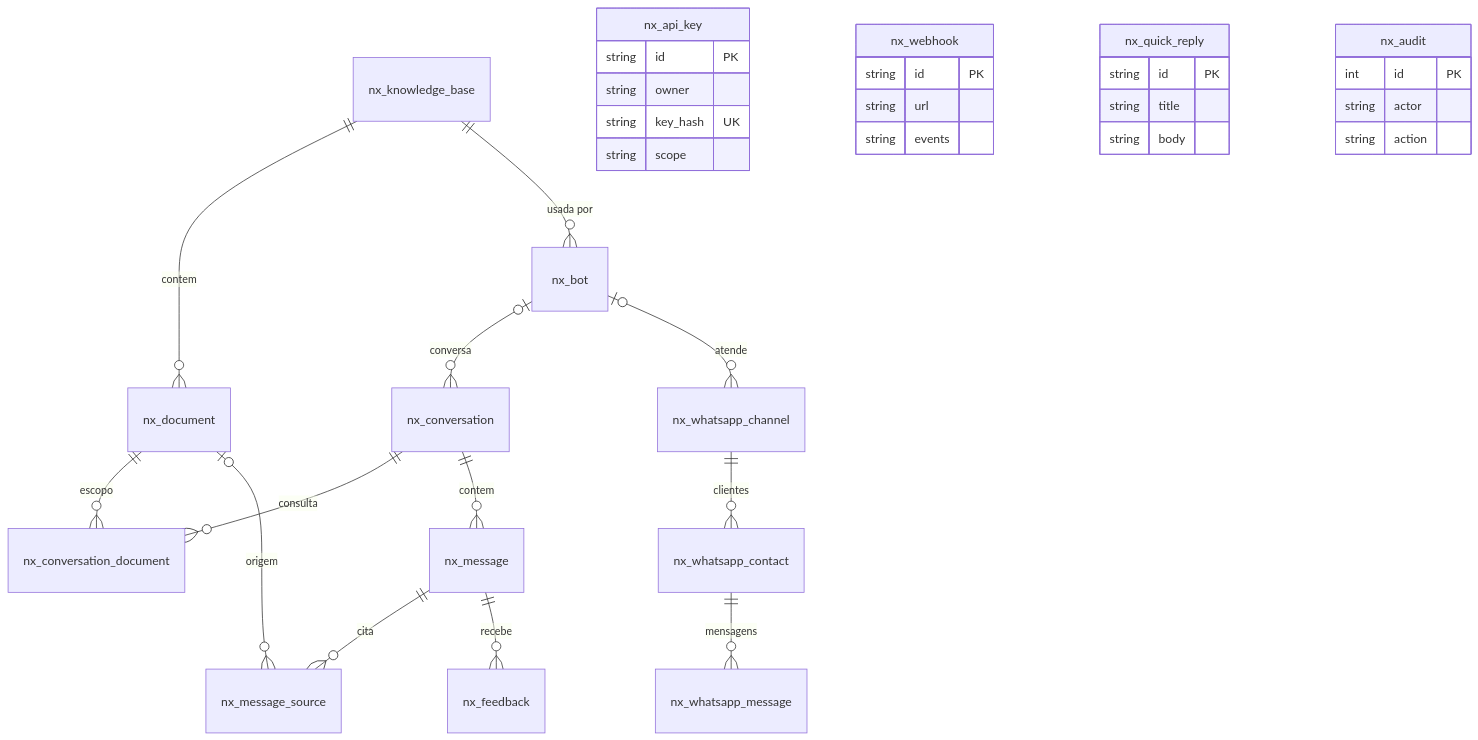
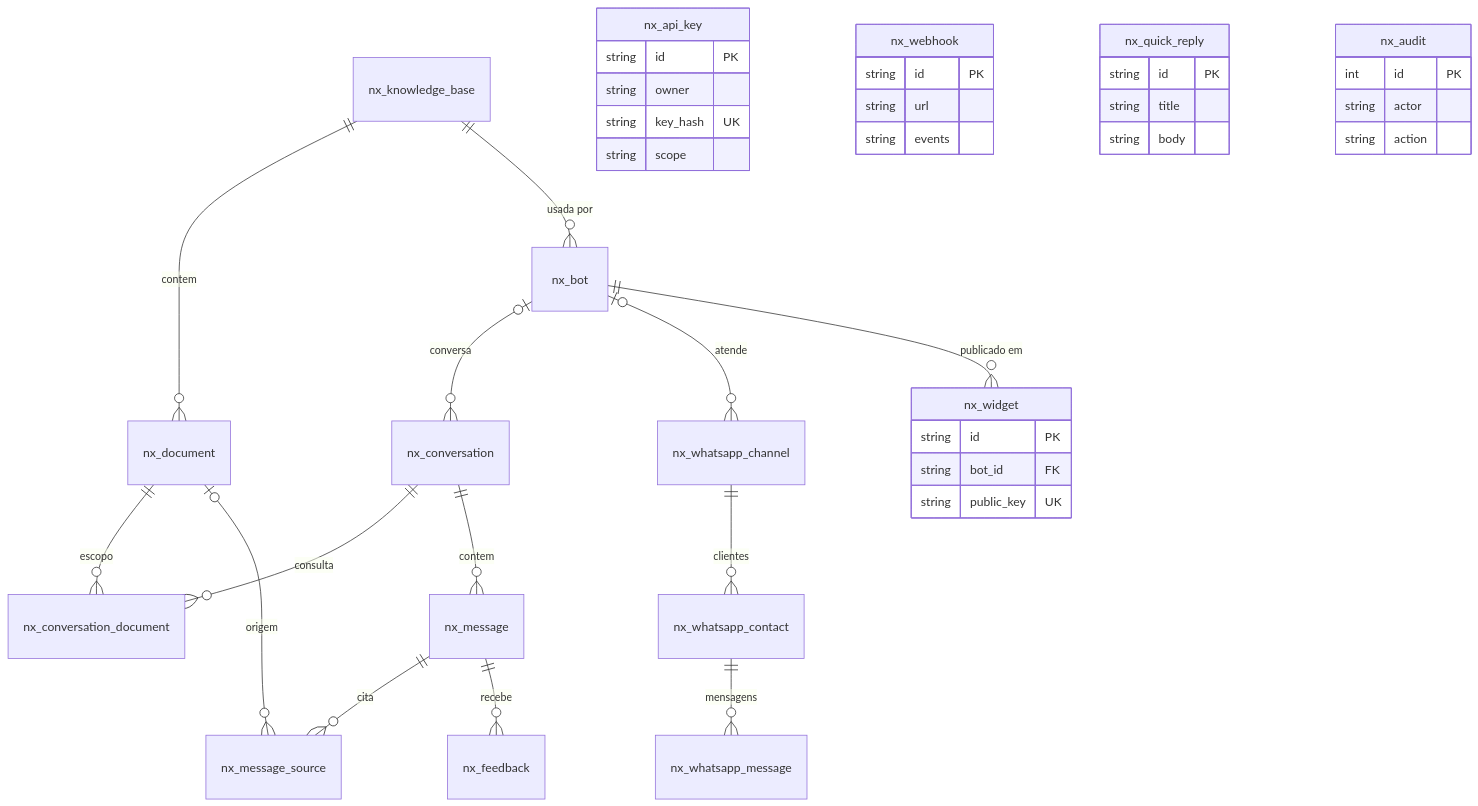
One commit to ravelroot/Retrieval-Augmented-QA-System changed the second of 2 diagrams in README.md. Above: the diagram before and after it, drawn with Mermaid. The commit also changed other lines of this file and 73 other files, not shown here.

````diff
--- a/README.md
+++ b/README.md
@@ -402,36 +472,42 @@
 ```mermaid
 erDiagram
     nx_knowledge_base ||--o{ nx_document : contem
     nx_knowledge_base ||--o{ nx_bot : "usada por"
     nx_bot |o--o{ nx_conversation : conversa
     nx_bot |o--o{ nx_whatsapp_channel : atende
     nx_whatsapp_channel ||--o{ nx_whatsapp_contact : clientes
     nx_whatsapp_contact ||--o{ nx_whatsapp_message : mensagens
     nx_document ||--o{ nx_conversation_document : escopo
     nx_conversation ||--o{ nx_conversation_document : consulta
     nx_conversation ||--o{ nx_message : contem
     nx_message ||--o{ nx_message_source : cita
     nx_document |o--o{ nx_message_source : origem
     nx_message ||--o{ nx_feedback : recebe
+    nx_bot ||--o{ nx_widget : "publicado em"
     nx_api_key {
         string id PK
         string owner
         string key_hash UK
         string scope
     }
     nx_webhook {
         string id PK
         string url
         string events
     }
     nx_quick_reply {
         string id PK
         string title
         string body
     }
     nx_audit {
         int id PK
         string actor
         string action
     }
+    nx_widget {
+        string id PK
+        string bot_id FK
+        string public_key UK
+    }
 ```
````
